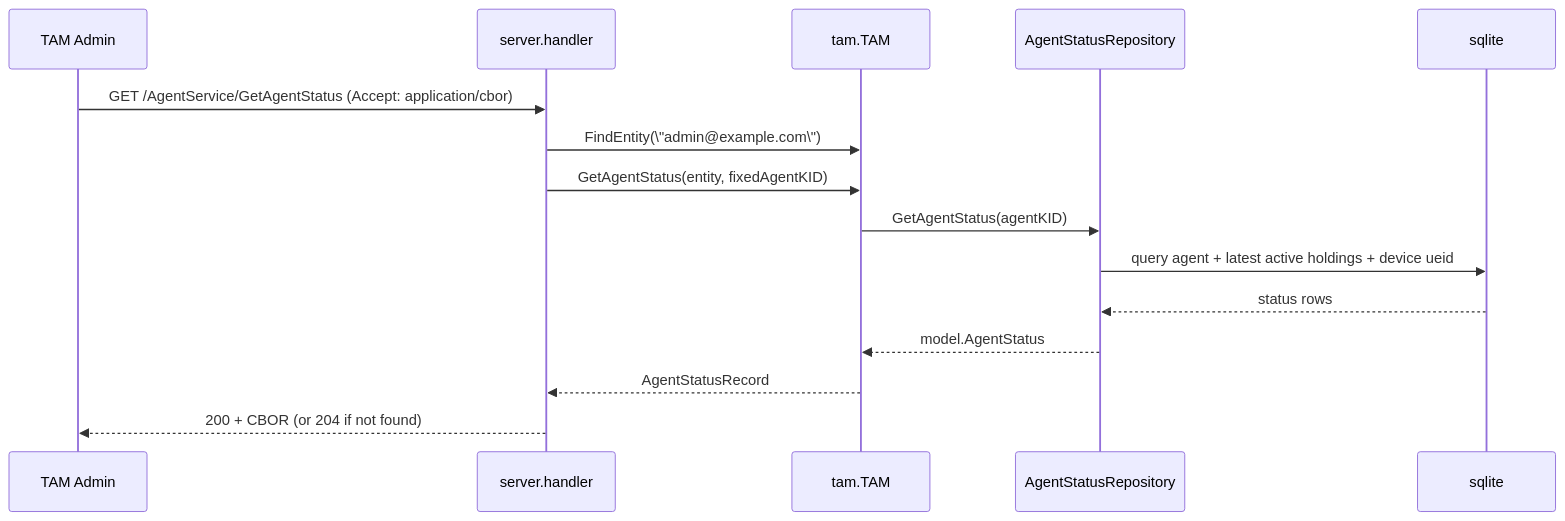
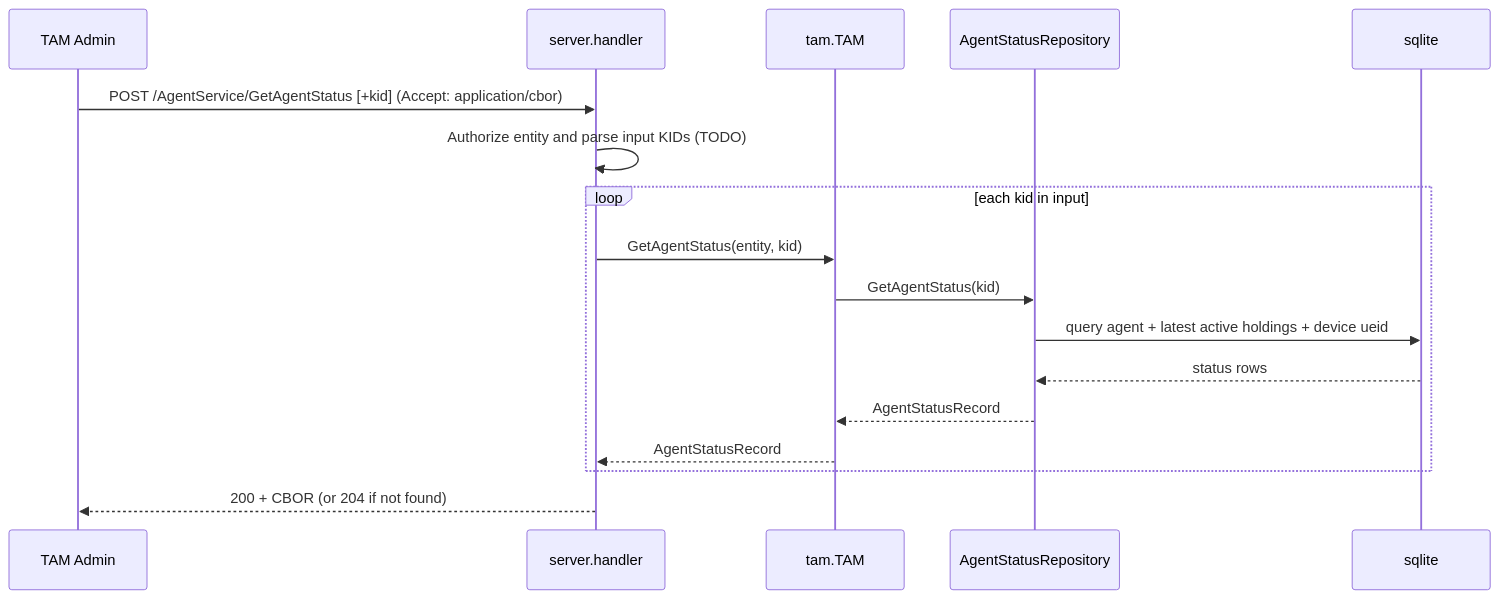
Before and after one commit to kentakayama/AttesTAM: the third of 3 diagrams in doc/TAM_STATUS_TEEP_AGENT_STATUS.md, drawn with Mermaid. The commit also changed other lines of this file and 12 other files, not shown here.

````diff
--- a/doc/TAM_STATUS_TEEP_AGENT_STATUS.md
+++ b/doc/TAM_STATUS_TEEP_AGENT_STATUS.md
@@ -66,18 +83,20 @@
 ```mermaid
 sequenceDiagram
     participant Admin as TAM Admin
     participant H as server.handler
     participant T as tam.TAM
     participant R as AgentStatusRepository
     participant DB as sqlite
 
-    Admin->>H: GET /AgentService/GetAgentStatus (Accept: application/cbor)
-    H->>T: FindEntity(\"admin@example.com\")
-    H->>T: GetAgentStatus(entity, fixedAgentKID)
-    T->>R: GetAgentStatus(agentKID)
-    R->>DB: query agent + latest active holdings + device ueid
-    DB-->>R: status rows
-    R-->>T: model.AgentStatus
-    T-->>H: AgentStatusRecord
+    Admin->>H: POST /AgentService/GetAgentStatus [+kid] (Accept: application/cbor)
+    H->>H: Authorize entity and parse input KIDs (TODO)
+    loop each kid in input
+      H->>T: GetAgentStatus(entity, kid)
+      T->>R: GetAgentStatus(kid)
+      R->>DB: query agent + latest active holdings + device ueid
+      DB-->>R: status rows
+      R-->>T: AgentStatusRecord
+      T-->>H: AgentStatusRecord
+    end
     H-->>Admin: 200 + CBOR (or 204 if not found)
 ```
````
